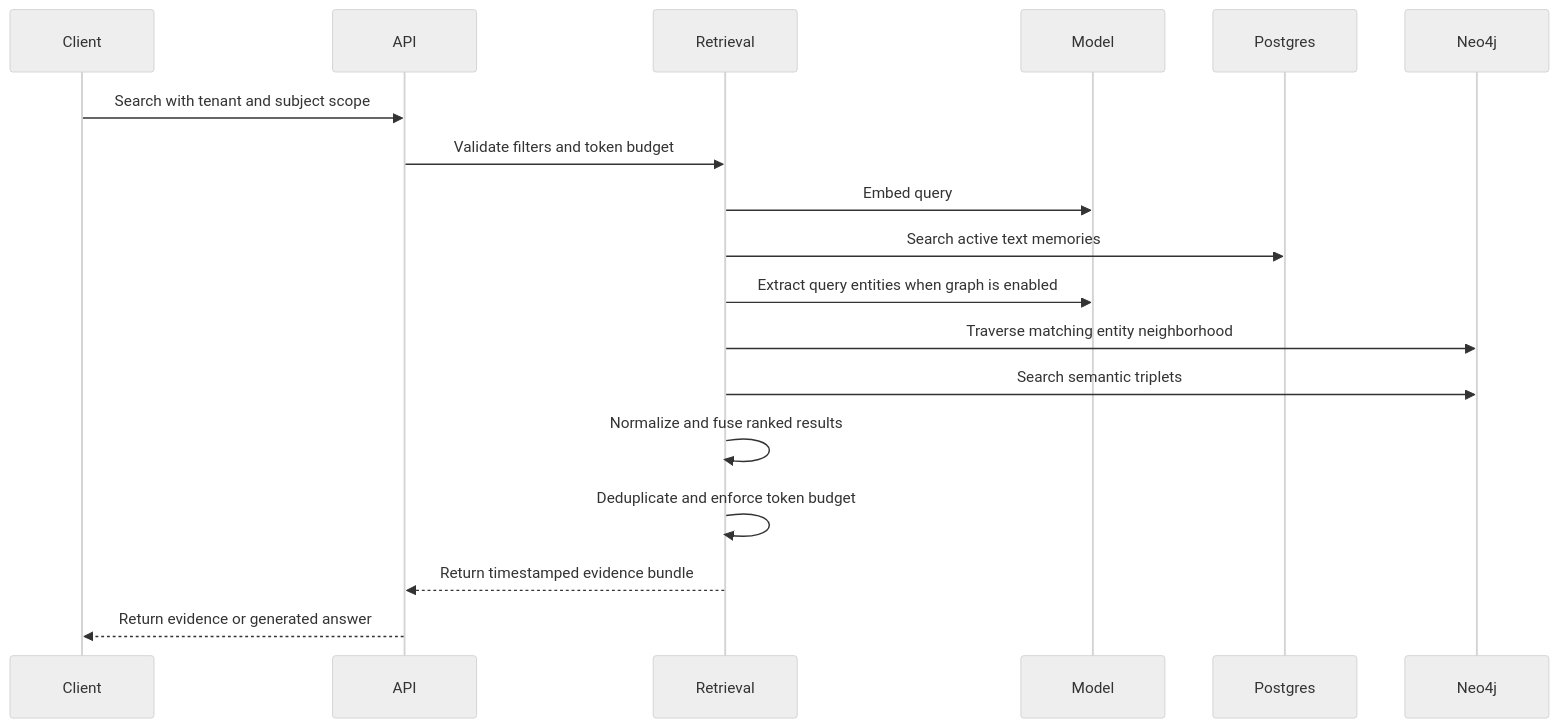
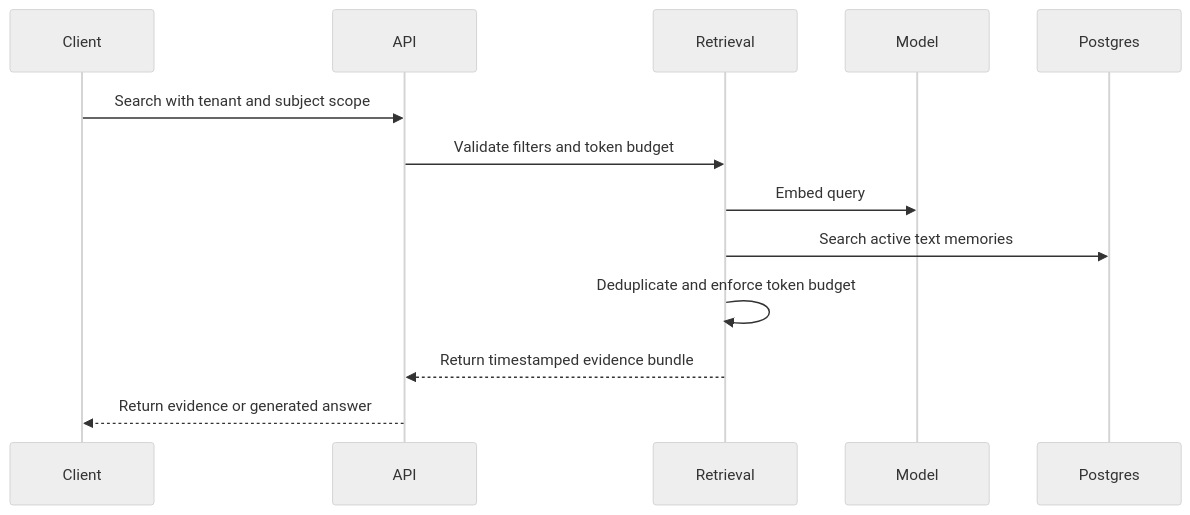
The fourth of 6 diagrams in docs/ARCHITECTURE.md (bhageerathi02/mem0), drawn with Mermaid (neutral theme) before and after one commit. The commit also changed other lines of this file and 3 other files, not shown here.

Commit message:
removed the graph implementation

````diff
--- a/docs/ARCHITECTURE.md
+++ b/docs/ARCHITECTURE.md
@@ -304,21 +254,16 @@
 ```mermaid
 sequenceDiagram
     participant Client
     participant API
     participant Retrieval
     participant Model
     participant Postgres
-    participant Neo4j
 
     Client->>API: Search with tenant and subject scope
     API->>Retrieval: Validate filters and token budget
     Retrieval->>Model: Embed query
     Retrieval->>Postgres: Search active text memories
-    Retrieval->>Model: Extract query entities when graph is enabled
-    Retrieval->>Neo4j: Traverse matching entity neighborhood
-    Retrieval->>Neo4j: Search semantic triplets
-    Retrieval->>Retrieval: Normalize and fuse ranked results
     Retrieval->>Retrieval: Deduplicate and enforce token budget
     Retrieval-->>API: Return timestamped evidence bundle
     API-->>Client: Return evidence or generated answer
 ```
````
